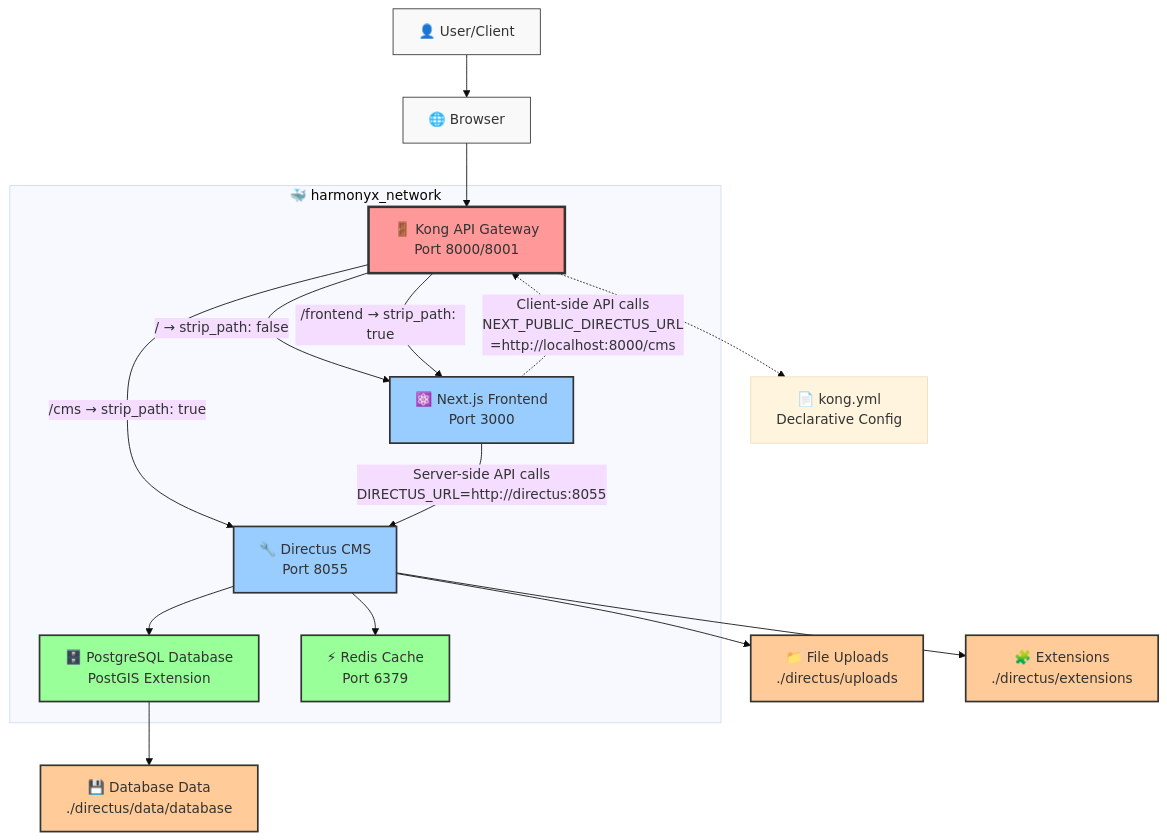
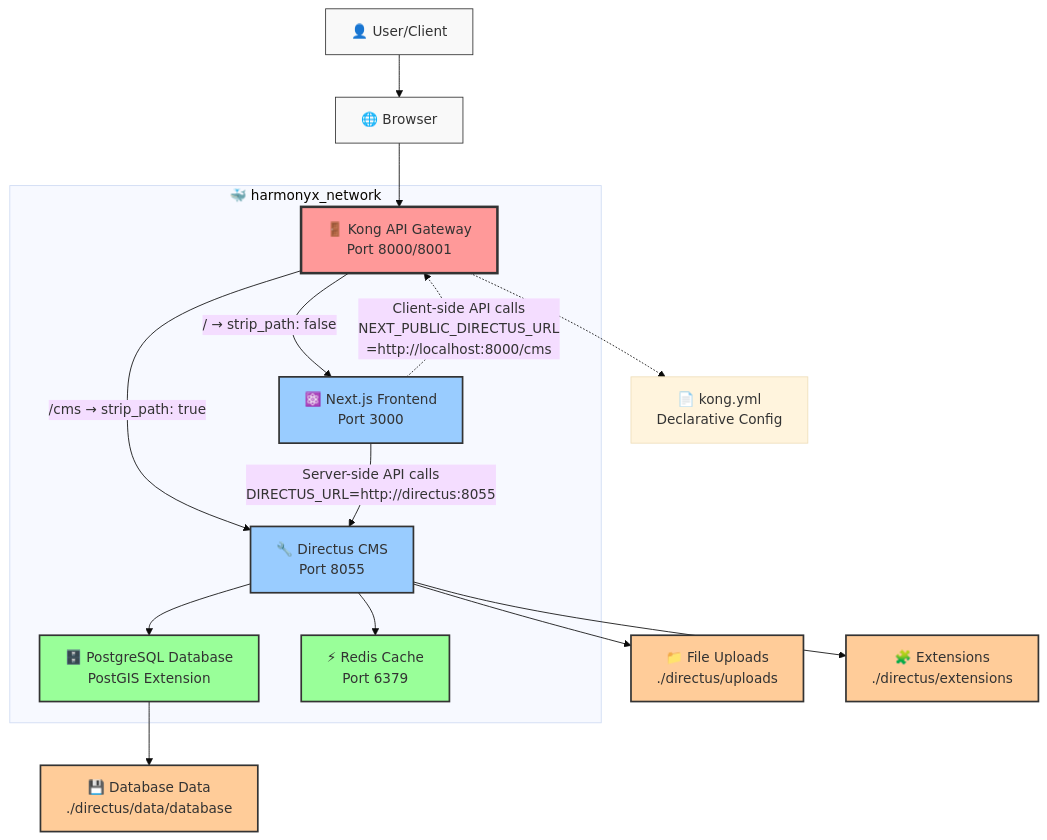
Before and after one commit to kanata-b/harmonyx-cms-v6: the diagram in README.md, drawn with Mermaid (base theme).

Commit message:
fix: remove redundant routing entry for frontend in architecture diagram

````diff
--- a/README.md
+++ b/README.md
@@ -7,66 +7,65 @@
 ```mermaid
 graph TB
     %% External Layer
     User[👤 User/Client]
     Browser[🌐 Browser]
     
     %% Kong API Gateway Layer
     Kong[🚪 Kong API Gateway<br/>Port 8000/8001]
     KongConfig[📄 kong.yml<br/>Declarative Config]
     
     %% Application Layer  
     NextJS[⚛️ Next.js Frontend<br/>Port 3000]
     Directus[🔧 Directus CMS<br/>Port 8055]
     
     %% Data Layer
     PostgreSQL[🗄️ PostgreSQL Database<br/>PostGIS Extension]
     Redis[⚡ Redis Cache<br/>Port 6379]
     
     %% Storage
     Uploads[📁 File Uploads<br/>./directus/uploads]
     Extensions[🧩 Extensions<br/>./directus/extensions]
     DBData[💾 Database Data<br/>./directus/data/database]
     
     %% Docker Network
     subgraph DockerNetwork[🐳 harmonyx_network]
         Kong
         NextJS
         Directus
         PostgreSQL
         Redis
     end
     
     %% External connections
     User --> Browser
     Browser --> Kong
     
     %% Kong routing
     Kong --> |"/ → strip_path: false"| NextJS
-    Kong --> |"/frontend → strip_path: true"| NextJS  
     Kong --> |"/cms → strip_path: true"| Directus
     Kong -.-> KongConfig
     
     %% Internal service communication
     NextJS --> |"Server-side API calls<br/>DIRECTUS_URL=http://directus:8055"| Directus
     NextJS -.-> |"Client-side API calls<br/>NEXT_PUBLIC_DIRECTUS_URL<br/>=http://localhost:8000/cms"| Kong
     
     %% Data persistence
     Directus --> PostgreSQL
     Directus --> Redis
     Directus --> Uploads
     Directus --> Extensions
     PostgreSQL --> DBData
     
     %% Styling
     classDef gateway fill:#ff9999,stroke:#333,stroke-width:3px
     classDef app fill:#99ccff,stroke:#333,stroke-width:2px
     classDef data fill:#99ff99,stroke:#333,stroke-width:2px
     classDef storage fill:#ffcc99,stroke:#333,stroke-width:2px
     classDef external fill:#f9f9f9,stroke:#333,stroke-width:1px
     
     class Kong gateway
     class NextJS,Directus app
     class PostgreSQL,Redis data
     class Uploads,Extensions,DBData storage
     class User,Browser external
 ```
````
